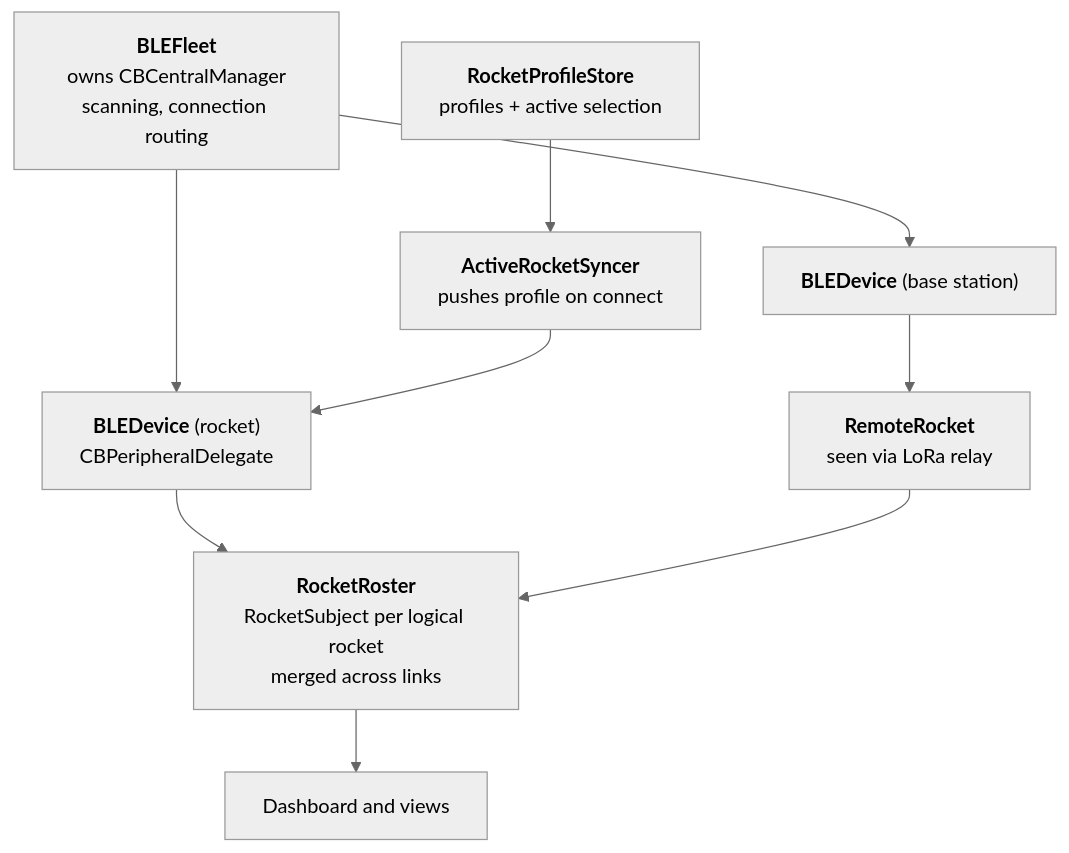
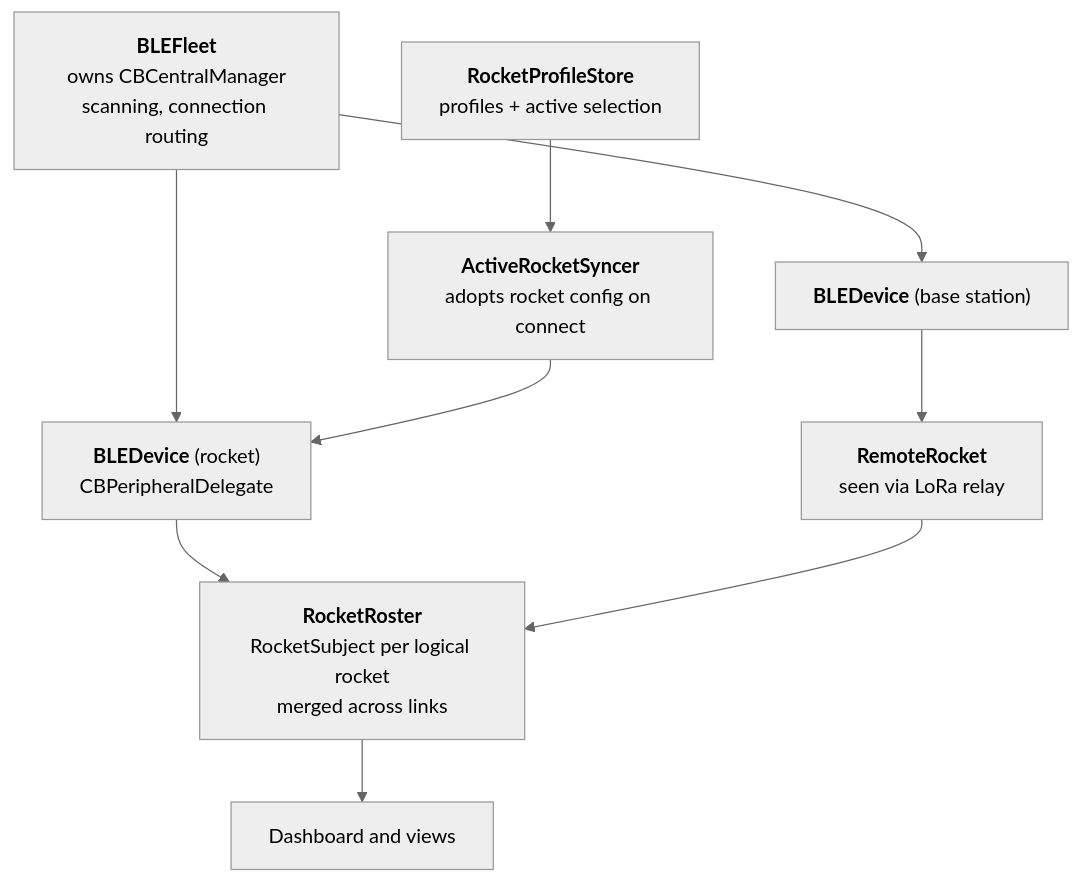
The diagram in docs/architecture/ios-app.md (Tinkerbug-Robotics/TinkerRocket), drawn with Mermaid (neutral theme) before and after one commit. The commit also changed other lines of this file and 19 other files, not shown here.

````diff
--- a/docs/architecture/ios-app.md
+++ b/docs/architecture/ios-app.md
@@ -58,20 +67,20 @@
 ```mermaid
 flowchart TB
     FLEET["<b>BLEFleet</b><br/>owns CBCentralManager<br/>scanning, connection routing"]
     DEV1["<b>BLEDevice</b> (rocket)<br/>CBPeripheralDelegate"]
     DEV2["<b>BLEDevice</b> (base station)"]
     REM["<b>RemoteRocket</b><br/>seen via LoRa relay"]
     ROSTER["<b>RocketRoster</b><br/>RocketSubject per logical rocket<br/>merged across links"]
     STORE["<b>RocketProfileStore</b><br/>profiles + active selection"]
-    SYNC["<b>ActiveRocketSyncer</b><br/>pushes profile on connect"]
+    SYNC["<b>ActiveRocketSyncer</b><br/>adopts rocket config on connect"]
     VIEW["Dashboard and views"]
 
     FLEET --> DEV1
     FLEET --> DEV2
     DEV2 --> REM
     DEV1 --> ROSTER
     REM --> ROSTER
     ROSTER --> VIEW
     STORE --> SYNC
     SYNC --> DEV1
 ```
````
